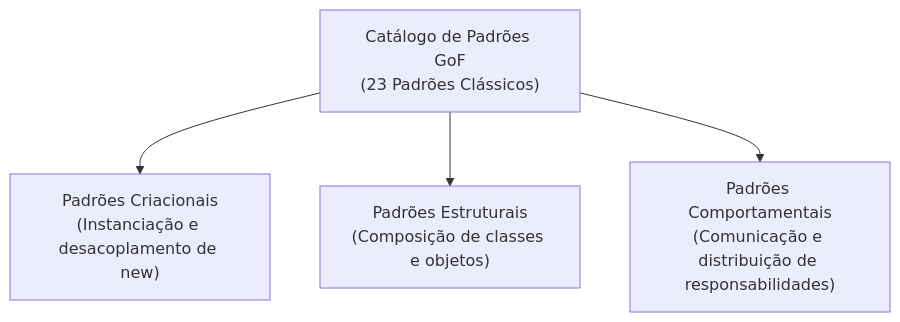
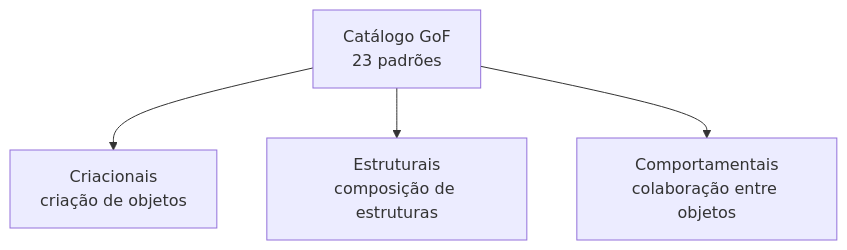
The third of 3 diagrams in 01. Programacao Modular/24. Padrões de projeto (design patterns) e o catálogo GoF.md (leorruas/puc), drawn with Mermaid before and after one commit. The commit also changed other lines of this file, not shown here.

Commit message:
Normaliza Mermaid de padrões de projeto

````diff
--- a/01. Programacao Modular/24. Padrões de projeto (design patterns) e o catálogo GoF.md
+++ b/01. Programacao Modular/24. Padrões de projeto (design patterns) e o catálogo GoF.md
@@ -98,12 +94,11 @@
 ```mermaid
 flowchart TD
-    GoF["Catálogo de Padrões GoF<br>(23 Padrões Clássicos)"]:::core
+    GoF["Catálogo GoF<br>23 padrões"]:::core
+    Criacionais["Criacionais<br>criação de objetos"]:::component
+    Estruturais["Estruturais<br>composição de estruturas"]:::component
+    Comportamentais["Comportamentais<br>colaboração entre objetos"]:::component
 
-    G1["Padrões Criacionais<br>(Instanciação e desacoplamento de new)"]:::component
-    G2["Padrões Estruturais<br>(Composição de classes e objetos)"]:::component
-    G3["Padrões Comportamentais<br>(Comunicação e distribuição de responsabilidades)"]:::component
-
-    GoF --> G1
-    GoF --> G2
-    GoF --> G3
+    GoF --> Criacionais
+    GoF --> Estruturais
+    GoF --> Comportamentais
 ```
````
